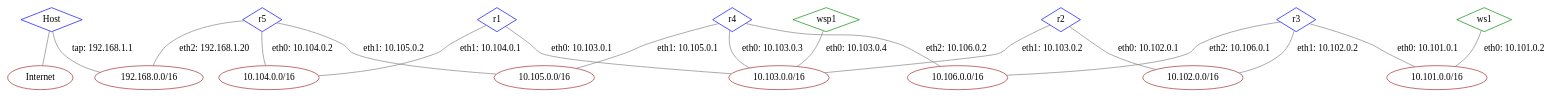
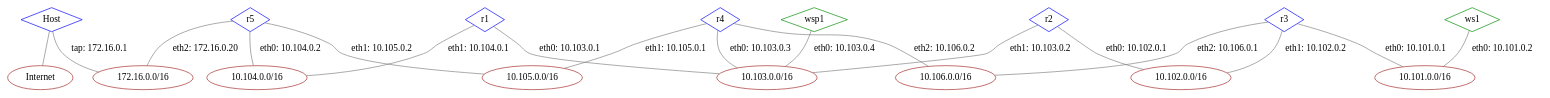
The diagram in lab2/report/graphs/network.gv (afrolovskiy/np), drawn with Graphviz before and after one commit. The commit also changed 2 other files, not shown here.

```diff
--- a/lab2/report/graphs/network.gv
+++ b/lab2/report/graphs/network.gv
@@ -1,47 +1,47 @@
 graph G {
 edge [len=1.5];
 node [shape=diamond, color="green4"];
 Host [color="blue"];
 r1 [color="blue"];
 r2 [color="blue"];
 r3 [color="blue"];
 r4 [color="blue"];
 r5 [color="blue"];
 ws1;
 wsp1;
 node [shape=ellipse, color="brown"];
 lan6 [label="10.106.0.0/16"];
 lan5 [label="10.105.0.0/16"];
 lan3 [label="10.103.0.0/16"];
-tap [label="192.168.0.0/16"];
+tap [label="172.16.0.0/16"];
 lan5 [label="10.105.0.0/16"];
 lan4 [label="10.104.0.0/16"];
 lan3 [label="10.103.0.0/16"];
 lan4 [label="10.104.0.0/16"];
 lan3 [label="10.103.0.0/16"];
 lan3 [label="10.103.0.0/16"];
 lan2 [label="10.102.0.0/16"];
 lan6 [label="10.106.0.0/16"];
 lan2 [label="10.102.0.0/16"];
 lan1 [label="10.101.0.0/16"];
 lan1 [label="10.101.0.0/16"];
 Internet [label="Internet"];
-tap [label="192.168.0.0/16"];
+tap [label="172.16.0.0/16"];
 Host -- Internet [color="gray"];
-Host -- tap [label="tap: 192.168.1.1", color="gray"];
+Host -- tap [label="tap: 172.16.0.1", color="gray"];
 r1 -- lan4 [label="eth1: 10.104.0.1", color="gray"];
 r1 -- lan3 [label="eth0: 10.103.0.1", color="gray"];
 r2 -- lan3 [label="eth1: 10.103.0.2", color="gray"];
 r2 -- lan2 [label="eth0: 10.102.0.1", color="gray"];
 r3 -- lan6 [label="eth2: 10.106.0.1", color="gray"];
 r3 -- lan2 [label="eth1: 10.102.0.2", color="gray"];
 r3 -- lan1 [label="eth0: 10.101.0.1", color="gray"];
 r4 -- lan6 [label="eth2: 10.106.0.2", color="gray"];
 r4 -- lan5 [label="eth1: 10.105.0.1", color="gray"];
 r4 -- lan3 [label="eth0: 10.103.0.3", color="gray"];
-r5 -- tap [label="eth2: 192.168.1.20", color="gray"];
+r5 -- tap [label="eth2: 172.16.0.20", color="gray"];
 r5 -- lan5 [label="eth1: 10.105.0.2", color="gray"];
 r5 -- lan4 [label="eth0: 10.104.0.2", color="gray"];
 ws1 -- lan1 [label="eth0: 10.101.0.2", color="gray"];
 wsp1 -- lan3 [label="eth0: 10.103.0.4", color="gray"];
 }
```
